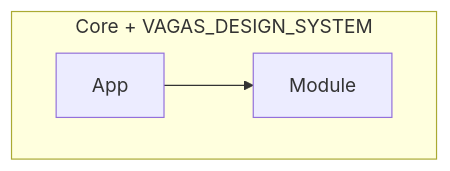
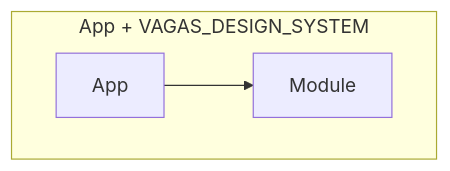
The diagram in README.md (elite37oficial/VAGAS_FLUTTER_DESIGN_SYSTEM), drawn with Mermaid before and after one commit. The commit also changed other lines of this file and 3 other files, not shown here.

````diff
--- a/README.md
+++ b/README.md
@@ -18,6 +18,6 @@
 ```mermaid
 graph TD
-    subgraph Core + VAGAS_DESIGN_SYSTEM
+    subgraph App + VAGAS_DESIGN_SYSTEM
     A[App] -->B[Module]
     end
 ```
````
